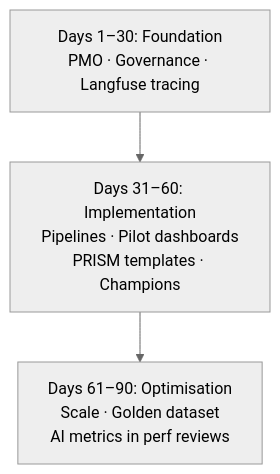
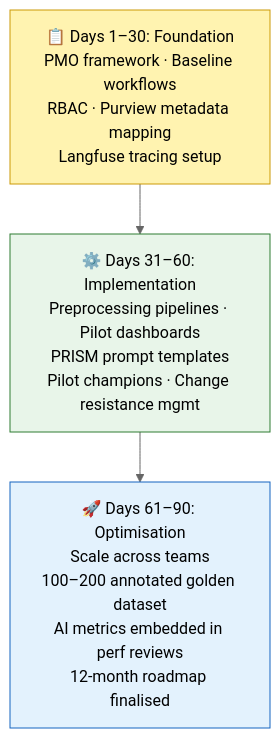
One commit to sfrancis2017/sajivfrancis.github.io changed the fifth of 5 diagrams in src/content/blog/2026-06-07-ai-driven-leadership.mdx. Above: the diagram before and after it, drawn with Mermaid (neutral theme). The commit also changed other lines of this file, not shown here.

````diff
--- a/src/content/blog/2026-06-07-ai-driven-leadership.mdx
+++ b/src/content/blog/2026-06-07-ai-driven-leadership.mdx
@@ -56,7 +282,16 @@
 ```mermaid
 flowchart TD
-  F["Days 1–30: Foundation<br>PMO · Governance · Langfuse tracing"]
-  I["Days 31–60: Implementation<br>Pipelines · Pilot dashboards<br>PRISM templates · Champions"]
-  O["Days 61–90: Optimisation<br>Scale · Golden dataset<br>AI metrics in perf reviews"]
+  classDef foundation fill:#fff3b0,stroke:#cc9a06,color:#000
+  classDef implement fill:#e8f5e9,stroke:#2e7d32,color:#000
+  classDef optimise fill:#e3f2fd,stroke:#1565c0,color:#000
+
+  F["📋 Days 1–30: Foundation<br/>PMO framework · Baseline workflows<br/>RBAC · Purview metadata mapping<br/>Langfuse tracing setup"]
+  I["⚙️ Days 31–60: Implementation<br/>Preprocessing pipelines · Pilot dashboards<br/>PRISM prompt templates<br/>Pilot champions · Change resistance mgmt"]
+  O["🚀 Days 61–90: Optimisation<br/>Scale across teams<br/>100–200 annotated golden dataset<br/>AI metrics embedded in perf reviews<br/>12-month roadmap finalised"]
+
   F --> I --> O
+
+  class F foundation
+  class I implement
+  class O optimise
 ```
````
